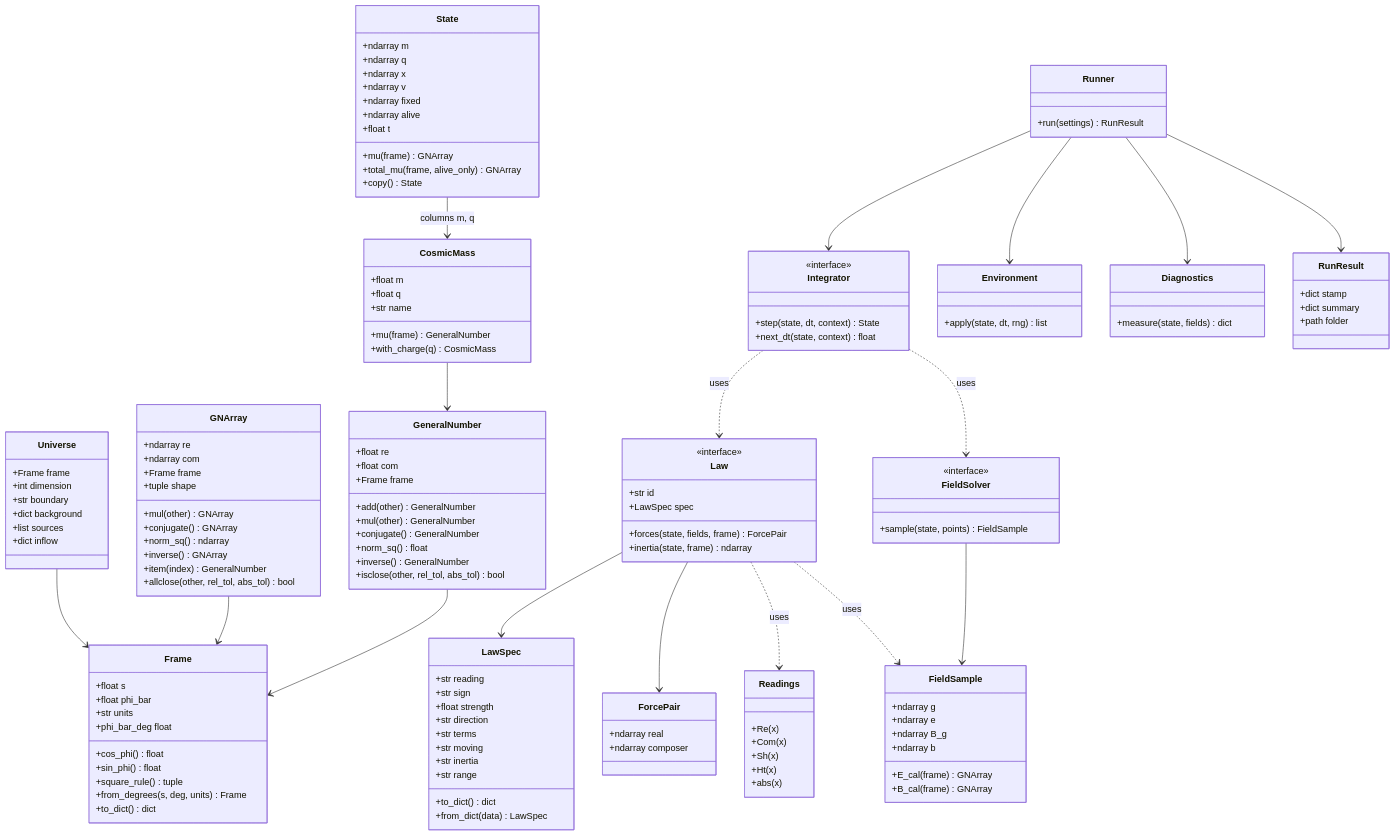
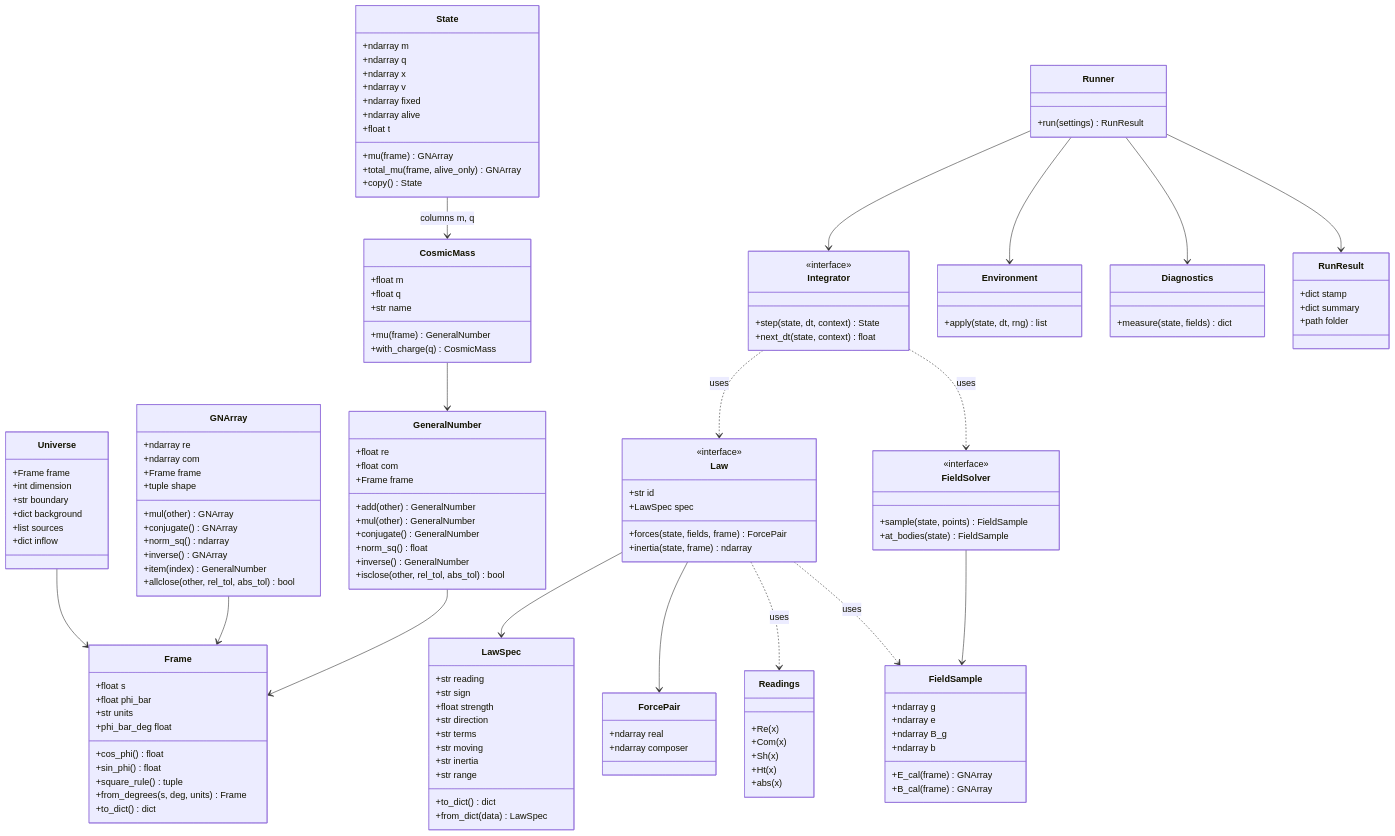
The third of 8 diagrams in ARCHITECTURE.md (MostafaDerraz/cosmic-mass-lab), drawn with Mermaid before and after one commit. The commit also changed other lines of this file and 9 other files, not shown here.

```diff
--- a/ARCHITECTURE.md
+++ b/ARCHITECTURE.md
@@ -302,6 +303,7 @@
     class FieldSolver {
         <<interface>>
         +sample(state, points) FieldSample
+        +at_bodies(state) FieldSample
     }
     class LawSpec {
         +str reading
```
